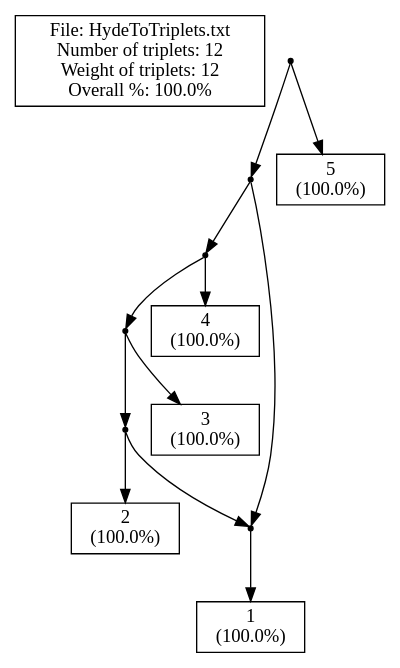
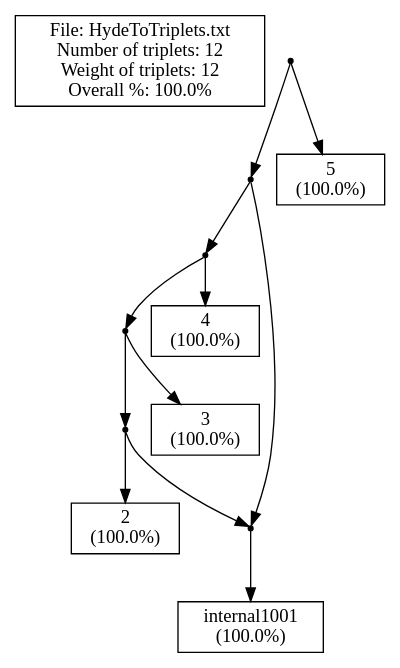
Before and after one commit to iharnoor/PhylogeneticsWebsite: the diagram in ParsingTxt/cExample1_m.dot, drawn with Graphviz. The commit also changed 14 other files, not shown here.

Commit message:
SVG  graph made responsive

```diff
--- a/ParsingTxt/cExample1_m.dot
+++ b/ParsingTxt/cExample1_m.dot
@@ -1,51 +1,51 @@
 // LEV1ATHAN Version 1.0, 21 september 2009
 // COMMENT: Pre-processing the input file to count the leaves
 // COMMENT: Pre-processing showed that there are 5 leaves in the input.
 // SUMMARY: Input had 5 leaves.
 // USER-SETTING: Will *not* post-process output to collapse edges.
 // COMMENT: Triplet set is already dense.
 // SUMMARY: There are 12 triplets in the input.
 // SUMMARY: Total weight of input triplets is 12.
 // COMMENT: We achieved non-trivial local perfection.
 // SUMMARY: (Before post-processing)
 // SUMMARY: We got 12 units of triplet weight, that's 100.0% of total weight.
 // SUMMARY: In total 0 units of triplet weight were -not- consistent with the ouput network.
 // SUMMARY: Output network contained 1 triplets -not- in the original input.
 // SUMMARY: The symmetric difference is thus 0 + (1 * 1) = 2
 // SUMMARY: (After post-processing)
 strict digraph G1 {
 edge [fontsize=8]
 labelbox [shape=box, width=0.4, label="File: HydeToTriplets.txt\nNumber of triplets: 12\nWeight of triplets: 12\nOverall %: 100.0%"];
 internal1000 [shape=point];
 internal1001 [shape=point];
 internal1002 [shape=point];
 internal1003 [shape=point];
 internal1004 [shape=point];
 internal1005 [shape=point];
-1 [shape=box, width=0.3, label="1\n(100.0%)"];
+1 [shape=box, width=0.3, label="internal1001\n(100.0%)"];
 2 [shape=box, width=0.3, label="2\n(100.0%)"];
 3 [shape=box, width=0.3, label="3\n(100.0%)"];
 4 [shape=box, width=0.3, label="4\n(100.0%)"];
 5 [shape=box, width=0.3, label="5\n(100.0%)"];
 internal1000 -> internal1001
 internal1000 -> 5
 internal1001 -> internal1002
 internal1001 -> internal1005
 internal1002 -> internal1003
 internal1002 -> 4
 internal1003 -> internal1004
 internal1003 -> 3
 internal1004 -> internal1005
 internal1004 -> 2
 internal1005 -> 1
 internal1005 -> 1
 }
-// SUMMARY: eNewick output: ((((((1)#H1,2),3),4),#H1),5);
+// SUMMARY: eNewick output: ((((((internal1001)#H1,2),3),4),#H1),5);
 // SUMMARY: In total 0 units of triplet weight were -not- consistent with the ouput network.
 // SUMMARY: Output network contained 1 triplets -not- in the original input.
 // SUMMARY: Weight of missing triplets before contraction minus weight of missing triplets afterwards: 0
 // SUMMARY: Number of surplus triplets before contraction minus number of surplus triplets afterwards: 0
 // CONCLUSION: After post-processing we got 12 units of triplet weight, that's 100.0% of total weight (before post-processing this was 100.0%).
 // CONCLUSION: After post-processing the symmetric difference is thus 0 + (1 * 1) = 1 (before post-processing this was 1)
 // STAT: PERCENTAGE = 100.0
 // STAT: NETWORK-TRIPLET SD = 2
```
